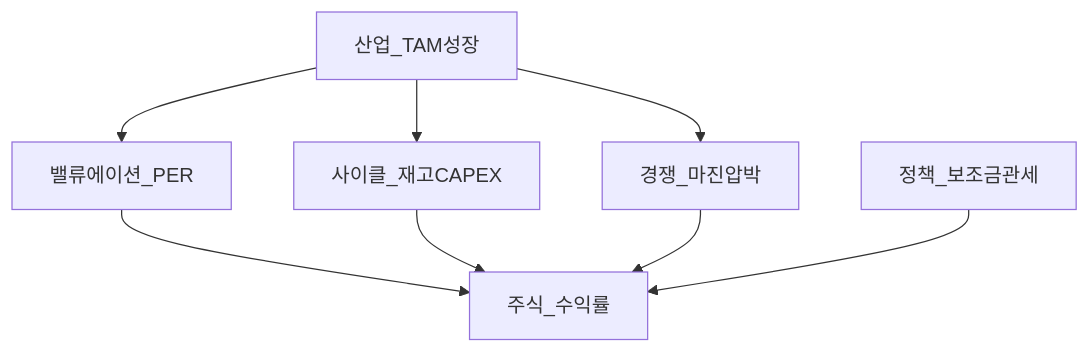
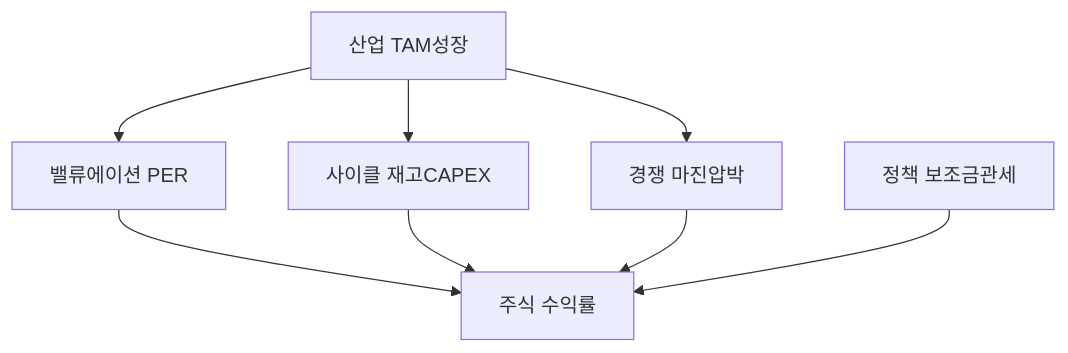
One commit to goldanghenry/Finances changed the third of 3 diagrams in 03-markets/sectors/sector-investing-framework.md. Above: the diagram before and after it, drawn with Mermaid. The commit also changed other lines of this file and 211 other files, not shown here.

````diff
--- a/03-markets/sectors/sector-investing-framework.md
+++ b/03-markets/sectors/sector-investing-framework.md
@@ -177,10 +183,10 @@
 ```mermaid
 flowchart TD
-  Industry[산업_TAM성장] --> Valuation[밸류에이션_PER]
-  Industry --> Cycle[사이클_재고CAPEX]
-  Industry --> Competition[경쟁_마진압박]
-  Valuation --> StockReturn[주식_수익률]
+  Industry["산업 TAM성장"] --> Valuation["밸류에이션 PER"]
+  Industry --> Cycle["사이클 재고CAPEX"]
+  Industry --> Competition["경쟁 마진압박"]
+  Valuation --> StockReturn["주식 수익률"]
   Cycle --> StockReturn
   Competition --> StockReturn
-  Policy[정책_보조금관세] --> StockReturn
+  Policy["정책 보조금관세"] --> StockReturn
 ```
````
